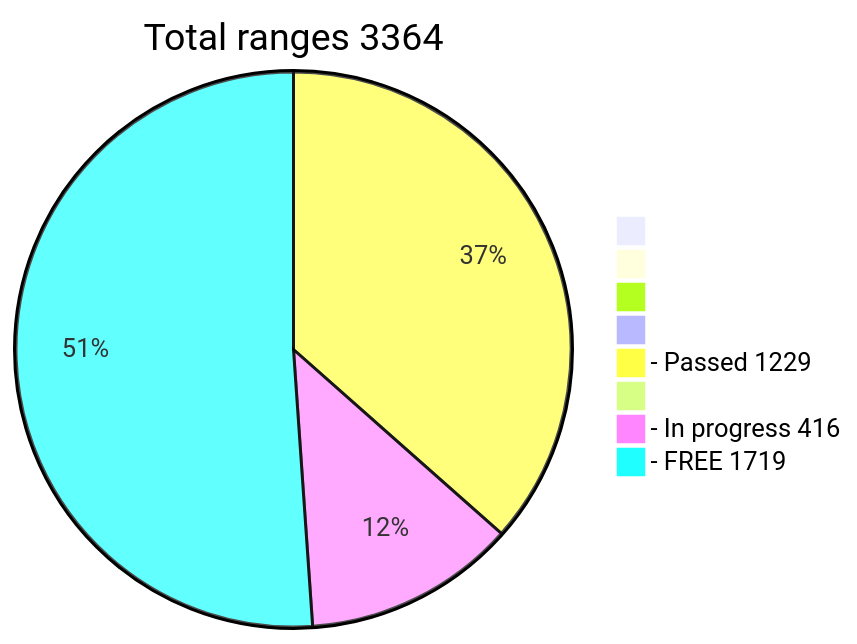
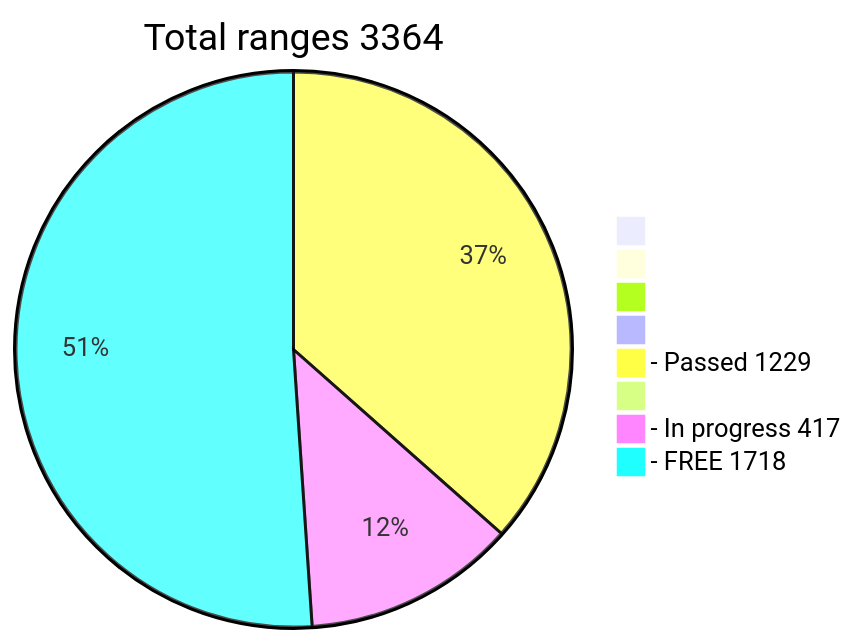
One commit to phrutis/wif500 changed the diagram in README.md. Above: the diagram before and after it, drawn with Mermaid.

````diff
--- a/README.md
+++ b/README.md
@@ -16,12 +16,12 @@
 ```mermaid
 pie title Total ranges 3364
              " " : 0
             "  " : 0
            "   " : 0
           "    " : 0
   "- Passed 1229" : 1229
          "     " : 0
-  "- In progress 416" : 416
-   "- FREE 1719" : 1719
+  "- In progress 417" : 417
+   "- FREE 1718" : 1718
    
 ```
````
